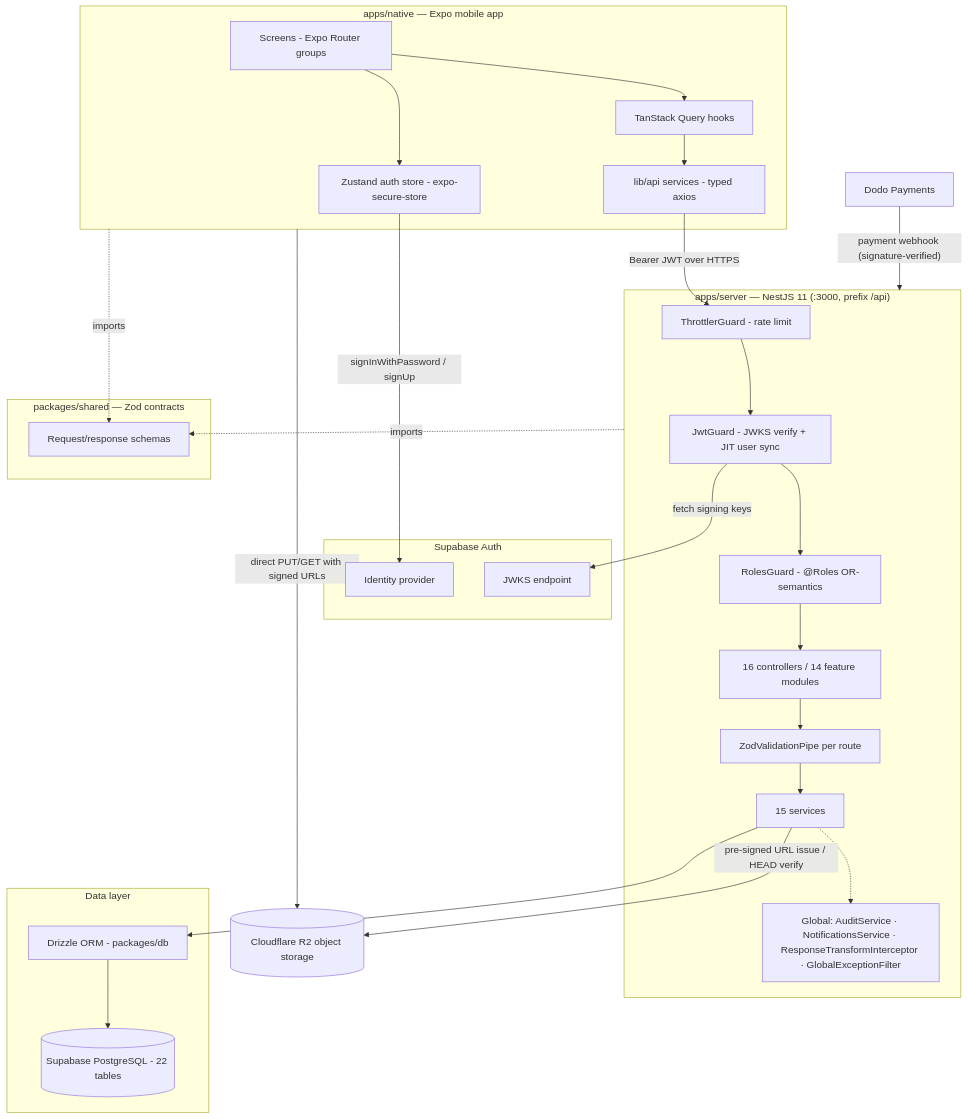
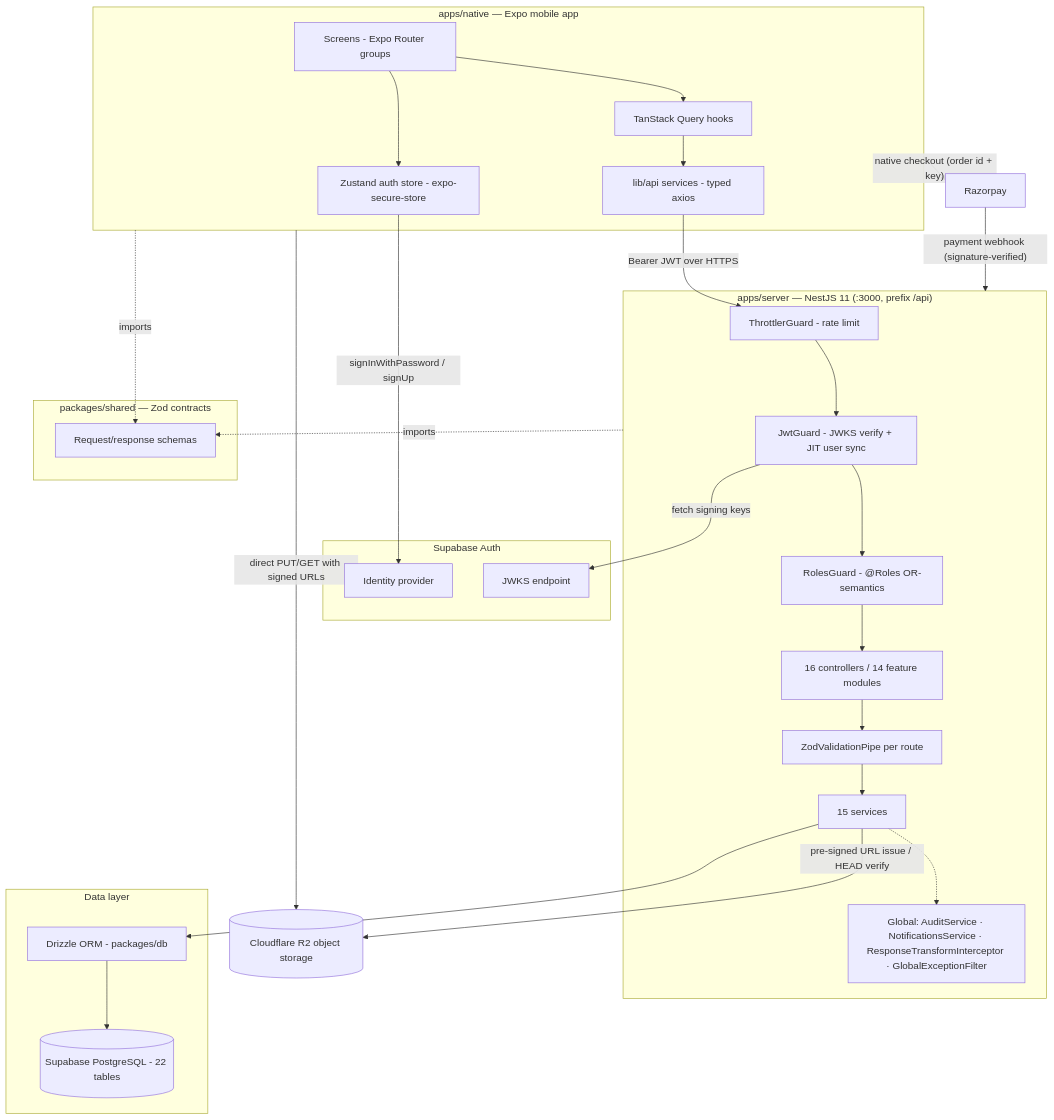
The second of 15 diagrams in final-year-report.md (SinghAman21/nabhya), drawn with Mermaid before and after one commit. The commit also changed other lines of this file and 29 other files, not shown here.

````diff
--- a/final-year-report.md
+++ b/final-year-report.md
@@ -226,51 +226,52 @@
 ```mermaid
 flowchart TB
     subgraph Client["apps/native — Expo mobile app"]
         UI[Screens - Expo Router groups]
         HOOKS[TanStack Query hooks]
         SVC[lib/api services - typed axios]
         STORE[Zustand auth store - expo-secure-store]
         UI --> HOOKS --> SVC
         UI --> STORE
     end
 
     subgraph Auth["Supabase Auth"]
         IDP[Identity provider]
         JWKS[JWKS endpoint]
     end
 
     subgraph Server["apps/server — NestJS 11 (:3000, prefix /api)"]
         THR[ThrottlerGuard - rate limit]
         JWT[JwtGuard - JWKS verify + JIT user sync]
         ROLES[RolesGuard - @Roles OR-semantics]
         CTRL[16 controllers / 14 feature modules]
         PIPE[ZodValidationPipe per route]
         SVCS[15 services]
         XCUT[Global: AuditService · NotificationsService · ResponseTransformInterceptor · GlobalExceptionFilter]
         THR --> JWT --> ROLES --> CTRL --> PIPE --> SVCS
         SVCS -.-> XCUT
     end
 
     subgraph Shared["packages/shared — Zod contracts"]
         ZOD[Request/response schemas]
     end
 
     subgraph Data["Data layer"]
         DRZ[Drizzle ORM - packages/db]
         PG[(Supabase PostgreSQL - 22 tables)]
         DRZ --> PG
     end
 
     R2[(Cloudflare R2 object storage)]
-    DODO[Dodo Payments]
+    RAZORPAY[Razorpay]
 
     SVC -- "Bearer JWT over HTTPS" --> THR
     STORE -- "signInWithPassword / signUp" --> IDP
     JWT -- "fetch signing keys" --> JWKS
     SVCS --> DRZ
     SVCS -- "pre-signed URL issue / HEAD verify" --> R2
     Client -- "direct PUT/GET with signed URLs" --> R2
-    DODO -- "payment webhook (signature-verified)" --> Server
+    Client -- "native checkout (order id + key)" --> RAZORPAY
+    RAZORPAY -- "payment webhook (signature-verified)" --> Server
     Client -.imports.-> ZOD
     Server -.imports.-> ZOD
 ```
````
